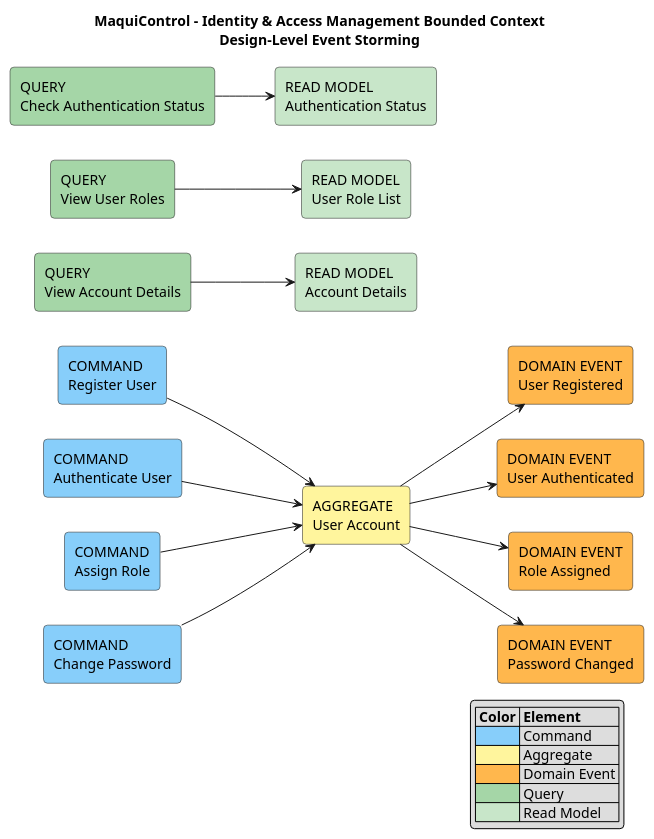
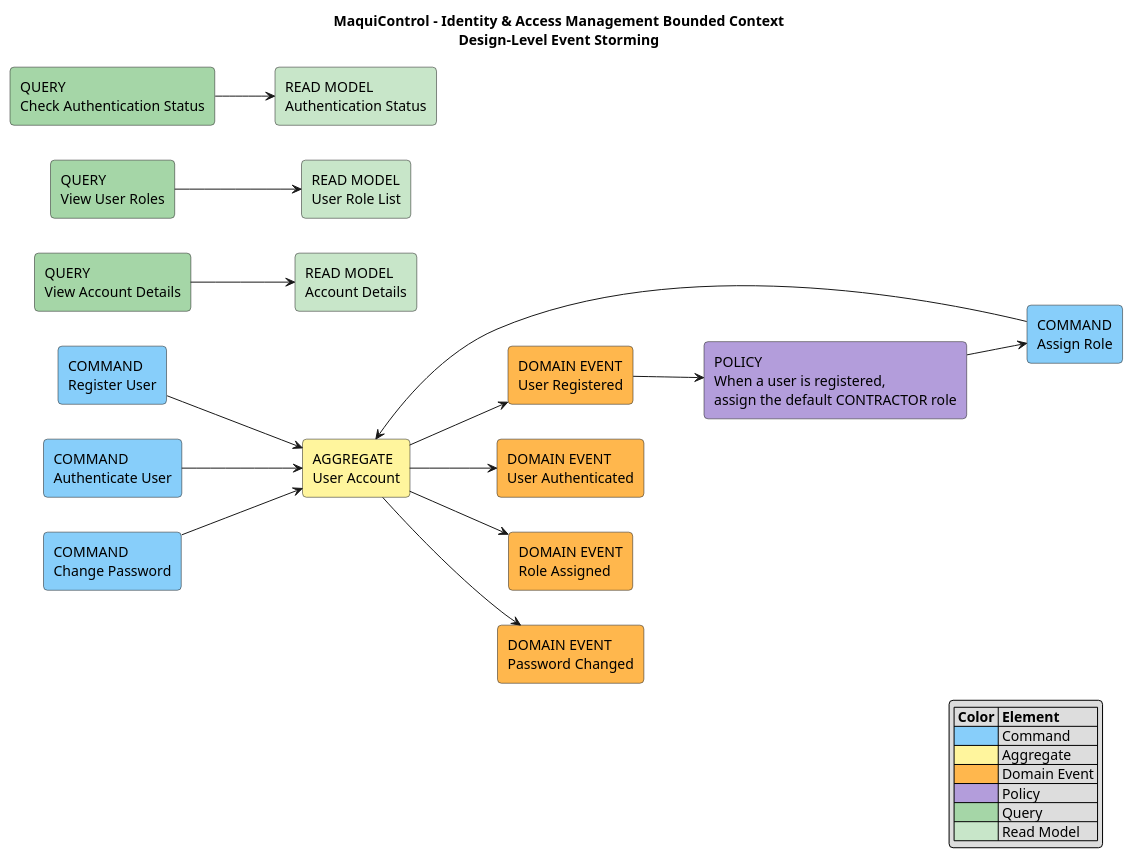
One commit to AndesHeavyTech/MaquiControl changed the diagram in docs/architecture/event-storming/identity-access-management-design-level.puml. Above: the diagram before and after it, drawn with PlantUML. The commit also changed 14 other files, not shown here.

```diff
--- a/docs/architecture/event-storming/identity-access-management-design-level.puml
+++ b/docs/architecture/event-storming/identity-access-management-design-level.puml
@@ -1,67 +1,73 @@
 @startuml
 title MaquiControl - Identity & Access Management Bounded Context\nDesign-Level Event Storming
 
 left to right direction
 skinparam shadowing false
 skinparam roundcorner 8
 skinparam defaultFontName Arial
 
 ' =========================
 ' Styles
 ' =========================
 
 rectangle "COMMAND\nRegister User" as CMD_REGISTER #87CEFA
 rectangle "COMMAND\nAuthenticate User" as CMD_AUTHENTICATE #87CEFA
 rectangle "COMMAND\nAssign Role" as CMD_ASSIGN_ROLE #87CEFA
 rectangle "COMMAND\nChange Password" as CMD_CHANGE_PASSWORD #87CEFA
 
 rectangle "AGGREGATE\nUser Account" as AGG_ACCOUNT #FFF59D
 
 rectangle "DOMAIN EVENT\nUser Registered" as EVT_REGISTERED #FFB74D
 rectangle "DOMAIN EVENT\nUser Authenticated" as EVT_AUTHENTICATED #FFB74D
 rectangle "DOMAIN EVENT\nRole Assigned" as EVT_ROLE_ASSIGNED #FFB74D
 rectangle "DOMAIN EVENT\nPassword Changed" as EVT_PASSWORD_CHANGED #FFB74D
+
+rectangle "POLICY\nWhen a user is registered,\nassign the default CONTRACTOR role" as POL_DEFAULT_ROLE #B39DDB
 
 rectangle "QUERY\nView Account Details" as QUERY_ACCOUNT #A5D6A7
 rectangle "READ MODEL\nAccount Details" as READ_ACCOUNT #C8E6C9
 
 rectangle "QUERY\nView User Roles" as QUERY_ROLES #A5D6A7
 rectangle "READ MODEL\nUser Role List" as READ_ROLES #C8E6C9
 
 rectangle "QUERY\nCheck Authentication Status" as QUERY_AUTH_STATUS #A5D6A7
 rectangle "READ MODEL\nAuthentication Status" as READ_AUTH_STATUS #C8E6C9
 
 ' =========================
 ' Commands -> Aggregate -> Events
 ' =========================
 
 CMD_REGISTER --> AGG_ACCOUNT
 AGG_ACCOUNT --> EVT_REGISTERED
 
 CMD_AUTHENTICATE --> AGG_ACCOUNT
 AGG_ACCOUNT --> EVT_AUTHENTICATED
 
 CMD_ASSIGN_ROLE --> AGG_ACCOUNT
 AGG_ACCOUNT --> EVT_ROLE_ASSIGNED
 
 CMD_CHANGE_PASSWORD --> AGG_ACCOUNT
 AGG_ACCOUNT --> EVT_PASSWORD_CHANGED
 
+EVT_REGISTERED --> POL_DEFAULT_ROLE
+POL_DEFAULT_ROLE --> CMD_ASSIGN_ROLE
+
 ' =========================
 ' Queries -> Read Models
 ' =========================
 
 QUERY_ACCOUNT --> READ_ACCOUNT
 QUERY_ROLES --> READ_ROLES
 QUERY_AUTH_STATUS --> READ_AUTH_STATUS
 
 legend right
 |= Color |= Element |
 |<#87CEFA>| Command |
 |<#FFF59D>| Aggregate |
 |<#FFB74D>| Domain Event |
+|<#B39DDB>| Policy |
 |<#A5D6A7>| Query |
 |<#C8E6C9>| Read Model |
 endlegend
 
 @enduml
```
